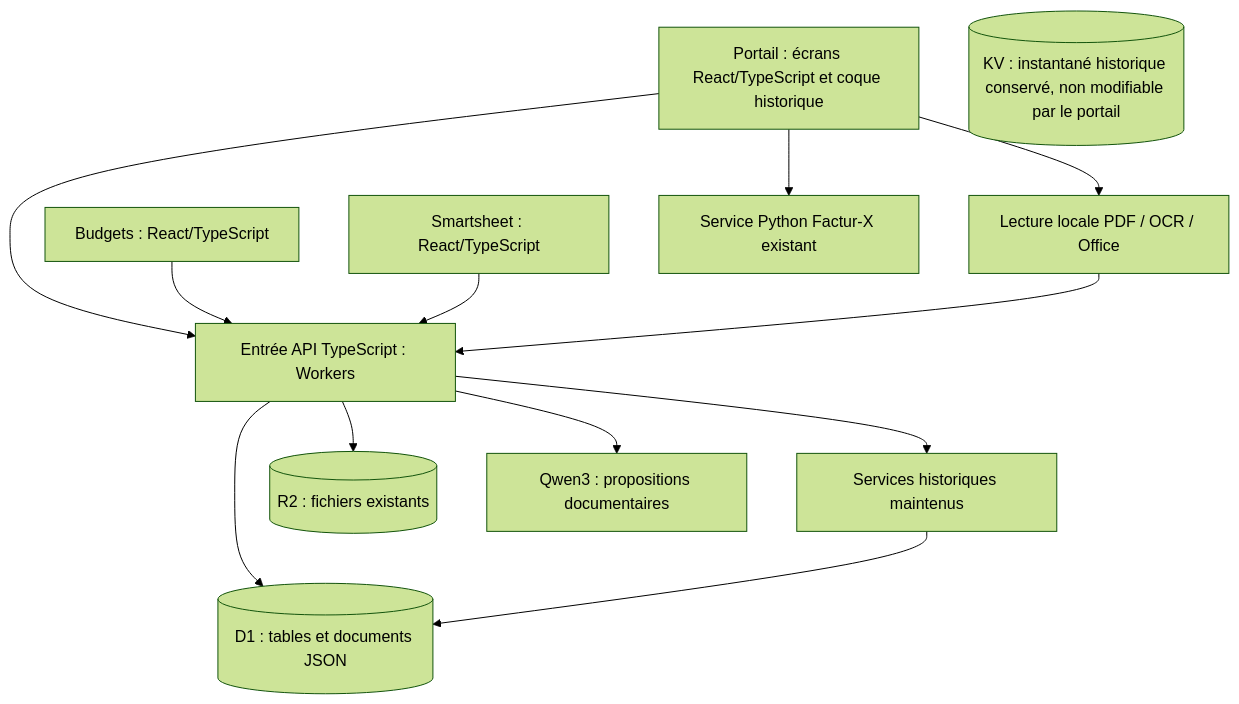
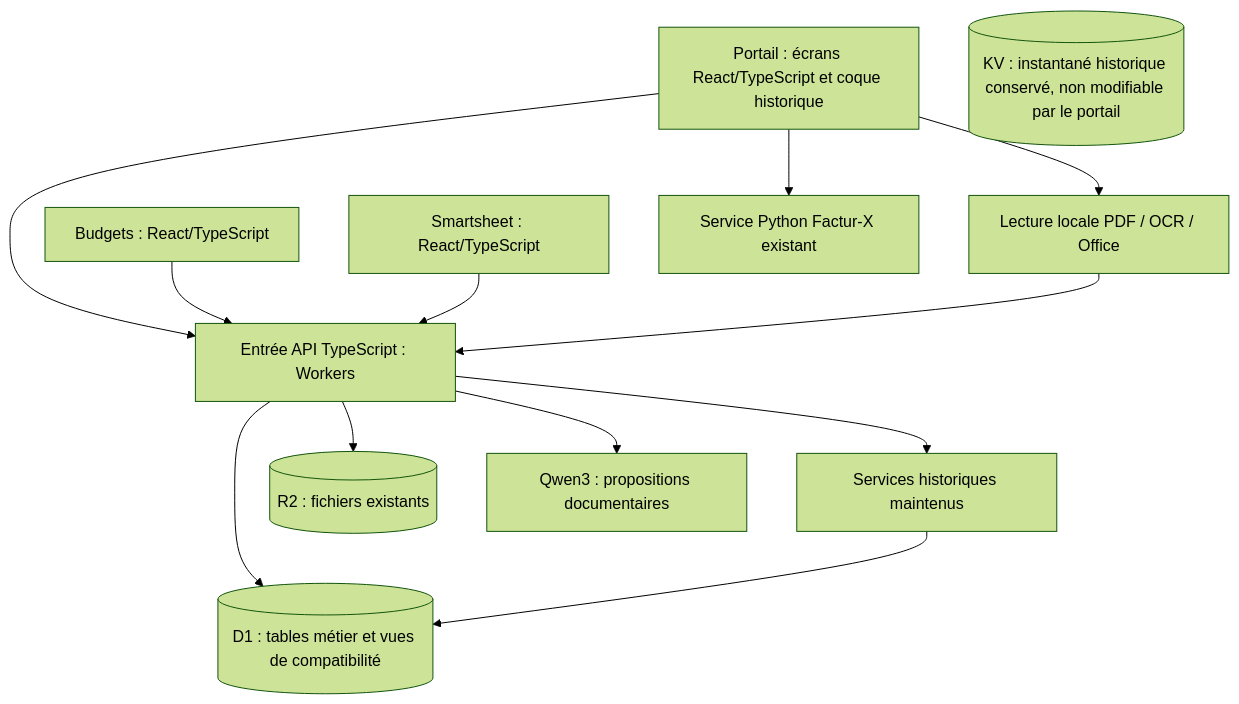
One commit to pascalquilici2b-collab/cet-cdinnov changed the first of 2 diagrams in platform/ARCHITECTURE.md. Above: the diagram before and after it, drawn with Mermaid (forest theme). The commit also changed other lines of this file and 17 other files, not shown here.

Commit message:
Replace portal, budget and sheet documents with business entity tables

````diff
--- a/platform/ARCHITECTURE.md
+++ b/platform/ARCHITECTURE.md
@@ -48,25 +48,25 @@
 ```mermaid
 flowchart TD
   UI[Portail : écrans React/TypeScript et coque historique]
   B[Budgets : React/TypeScript]
   S[Smartsheet : React/TypeScript]
   L[Lecture locale PDF / OCR / Office]
   API[Entrée API TypeScript : Workers]
   LEG[Services historiques maintenus]
-  SQL[(D1 : tables et documents JSON)]
+  SQL[(D1 : tables métier et vues de compatibilité)]
   KV[(KV : instantané historique conservé, non modifiable par le portail)]
   R2[(R2 : fichiers existants)]
   AI[Qwen3 : propositions documentaires]
   FX[Service Python Factur-X existant]
   UI --> API
   B --> API
   S --> API
   UI --> L
   L --> API
   API --> LEG
   API --> SQL
   LEG --> SQL
   API --> R2
   API --> AI
   UI --> FX
 ```
````
